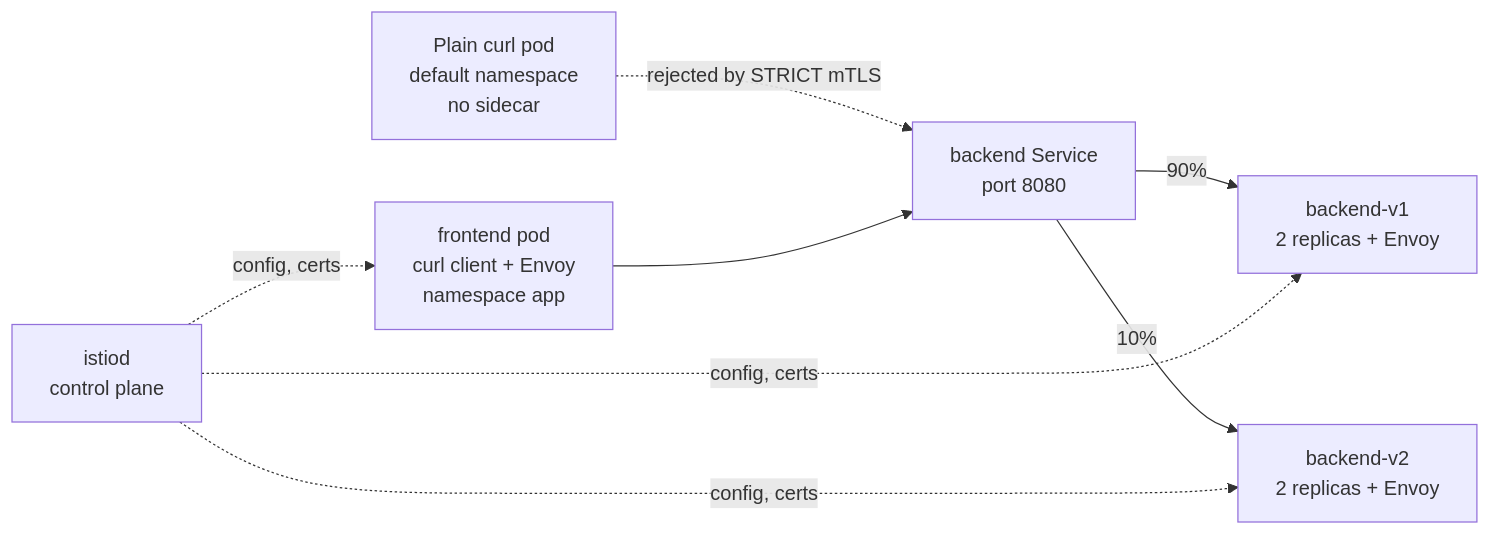
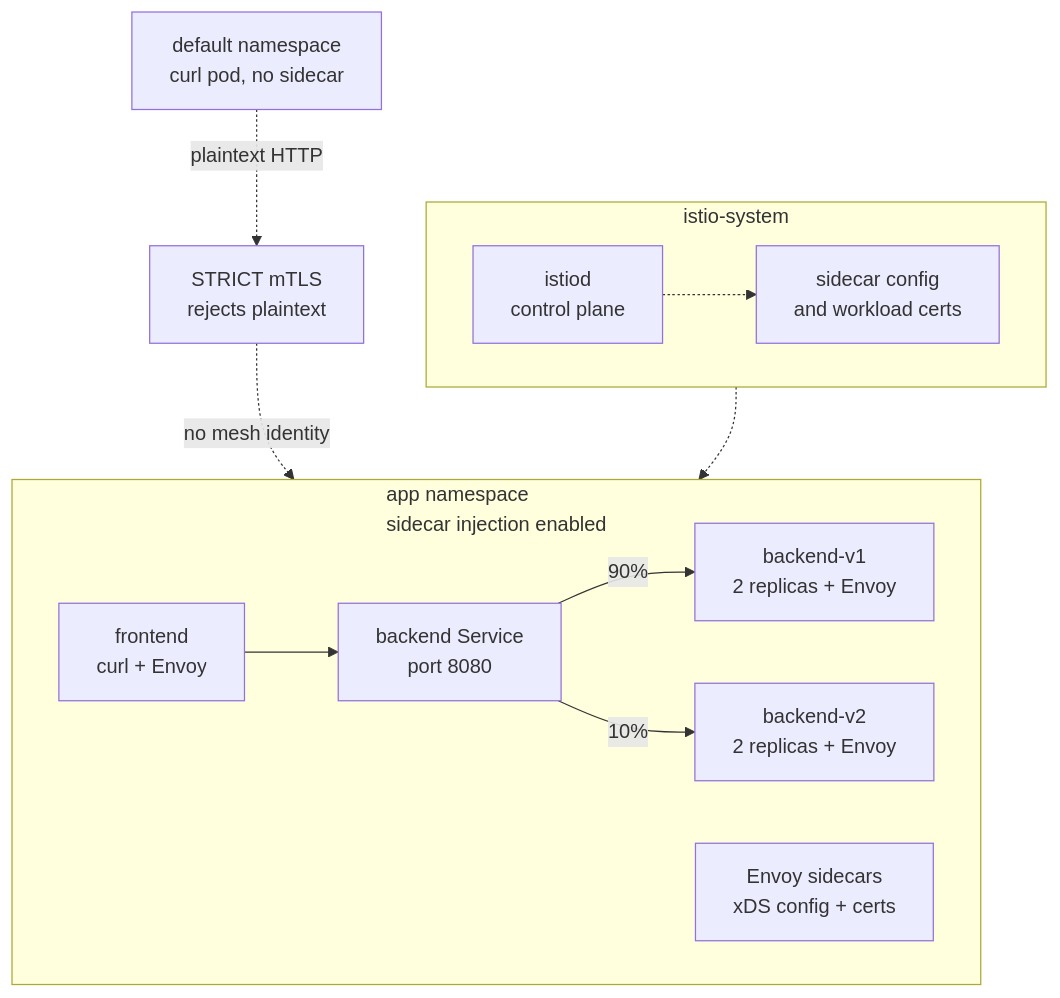
The diagram in README.md (AnouarMohamed/k8s-mesh-resilience-lab), drawn with Mermaid before and after one commit. The commit also changed 1 other file, not shown here.

Commit message:
Fix architecture diagram readability

````diff
--- a/README.md
+++ b/README.md
@@ -7,17 +7,29 @@
 ```mermaid
-flowchart LR
-    outside[Plain curl pod<br/>default namespace<br/>no sidecar]
-    frontend[frontend pod<br/>curl client + Envoy<br/>namespace app]
-    svc[backend Service<br/>port 8080]
-    v1[backend-v1<br/>2 replicas + Envoy]
-    v2[backend-v2<br/>2 replicas + Envoy]
-    istiod[istiod<br/>control plane]
+flowchart TB
+    subgraph control[istio-system]
+      direction LR
+      istiod[istiod<br/>control plane]
+      meshConfig[sidecar config<br/>and workload certs]
+    end
 
-    outside -. rejected by STRICT mTLS .-> svc
+    subgraph app[app namespace<br/>sidecar injection enabled]
+      direction LR
+      frontend[frontend<br/>curl + Envoy]
+      svc[backend Service<br/>port 8080]
+      v1[backend-v1<br/>2 replicas + Envoy]
+      v2[backend-v2<br/>2 replicas + Envoy]
+      sidecars[Envoy sidecars<br/>xDS config + certs]
+    end
+
+    outside[default namespace<br/>curl pod, no sidecar]
+    denied[STRICT mTLS<br/>rejects plaintext]
+
     frontend --> svc
     svc -->|90%| v1
     svc -->|10%| v2
-    istiod -. config, certs .-> frontend
-    istiod -. config, certs .-> v1
-    istiod -. config, certs .-> v2
+    outside -. plaintext HTTP .-> denied
+    denied -. no mesh identity .-> svc
+
+    istiod -.-> meshConfig
+    meshConfig -.-> sidecars
 ```
````
